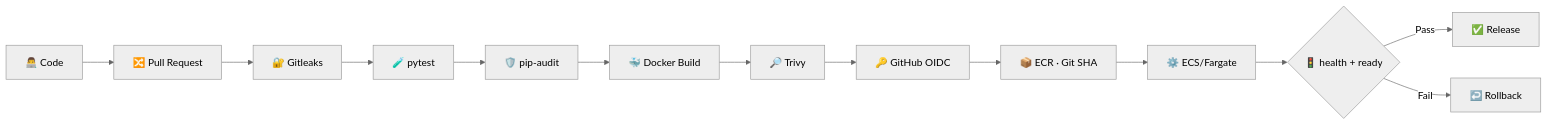
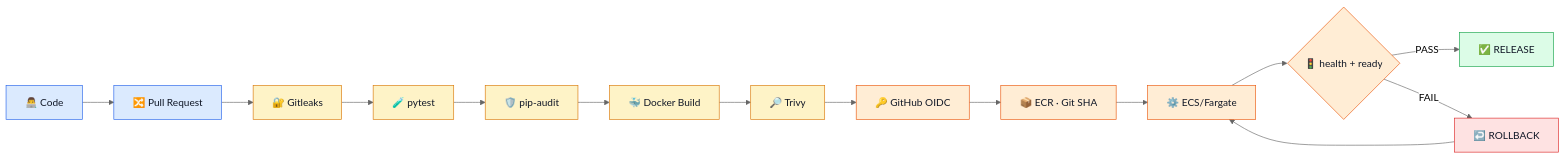
One commit to EngMohammedBashir/MADAR-cicd-devsecops changed the first of 2 diagrams in README.md. Above: the diagram before and after it, drawn with Mermaid (neutral theme). The commit also changed other lines of this file, not shown here.

````diff
--- a/README.md
+++ b/README.md
@@ -29,15 +42,27 @@
 ```mermaid
 flowchart LR
     A[👨‍💻 Code] --> B[🔀 Pull Request]
     B --> C[🔐 Gitleaks]
     C --> D[🧪 pytest]
     D --> E[🛡️ pip-audit]
     E --> F[🐳 Docker Build]
     F --> G[🔎 Trivy]
     G --> H[🔑 GitHub OIDC]
     H --> I[📦 ECR · Git SHA]
     I --> J[⚙️ ECS/Fargate]
     J --> K{🚦 health + ready}
-    K -->|Pass| L[✅ Release]
-    K -->|Fail| M[↩️ Rollback]
+    K -->|PASS| L[✅ RELEASE]
+    K -->|FAIL| M[↩️ ROLLBACK]
+    M --> J
+
+    classDef source fill:#dbeafe,stroke:#2563eb,color:#111827;
+    classDef security fill:#fef3c7,stroke:#d97706,color:#111827;
+    classDef aws fill:#ffedd5,stroke:#ea580c,color:#111827;
+    classDef success fill:#dcfce7,stroke:#16a34a,color:#111827;
+    classDef failure fill:#fee2e2,stroke:#dc2626,color:#111827;
+    class A,B source;
+    class C,D,E,F,G security;
+    class H,I,J,K aws;
+    class L success;
+    class M failure;
 ```
````
